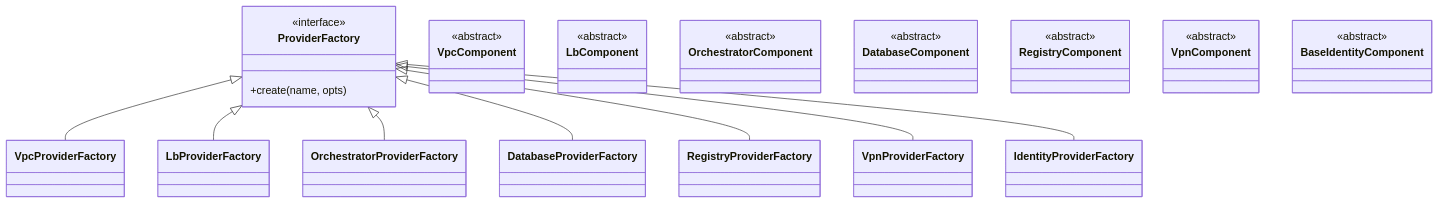
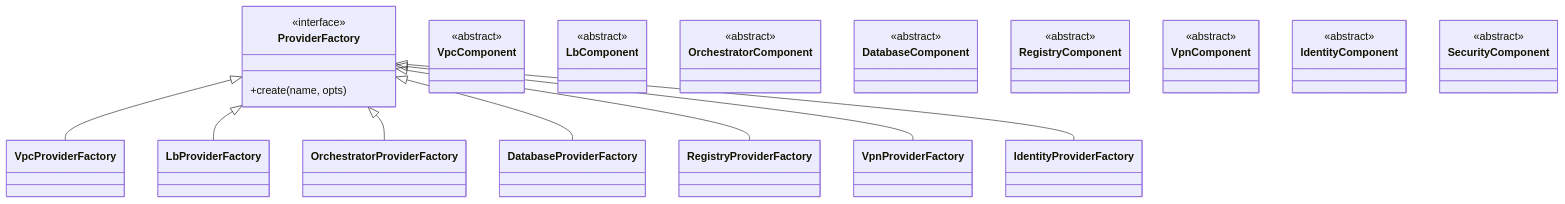
One commit to mandypepe/sdd_spec_pulumi changed the first of 4 diagrams in README.md. Above: the diagram before and after it, drawn with Mermaid. The commit also changed other lines of this file, not shown here.

````diff
--- a/README.md
+++ b/README.md
@@ -21,22 +21,39 @@
 ```mermaid
 classDiagram
     class ProviderFactory {
         <<interface>>
         +create(name, opts)
     }
-    class VpcComponent { <<abstract>> }
-    class LbComponent { <<abstract>> }
-    class OrchestratorComponent { <<abstract>> }
-    class DatabaseComponent { <<abstract>> }
-    class RegistryComponent { <<abstract>> }
-    class VpnComponent { <<abstract>> }
-    class BaseIdentityComponent { <<abstract>> }
-    
+    class VpcComponent {
+        <<abstract>>
+    }
+    class LbComponent {
+        <<abstract>>
+    }
+    class OrchestratorComponent {
+        <<abstract>>
+    }
+    class DatabaseComponent {
+        <<abstract>>
+    }
+    class RegistryComponent {
+        <<abstract>>
+    }
+    class VpnComponent {
+        <<abstract>>
+    }
+    class IdentityComponent {
+        <<abstract>>
+    }
+    class SecurityComponent {
+        <<abstract>>
+    }
+
     ProviderFactory <|-- VpcProviderFactory
     ProviderFactory <|-- LbProviderFactory
     ProviderFactory <|-- OrchestratorProviderFactory
     ProviderFactory <|-- DatabaseProviderFactory
     ProviderFactory <|-- RegistryProviderFactory
     ProviderFactory <|-- VpnProviderFactory
     ProviderFactory <|-- IdentityProviderFactory
 ```
````
